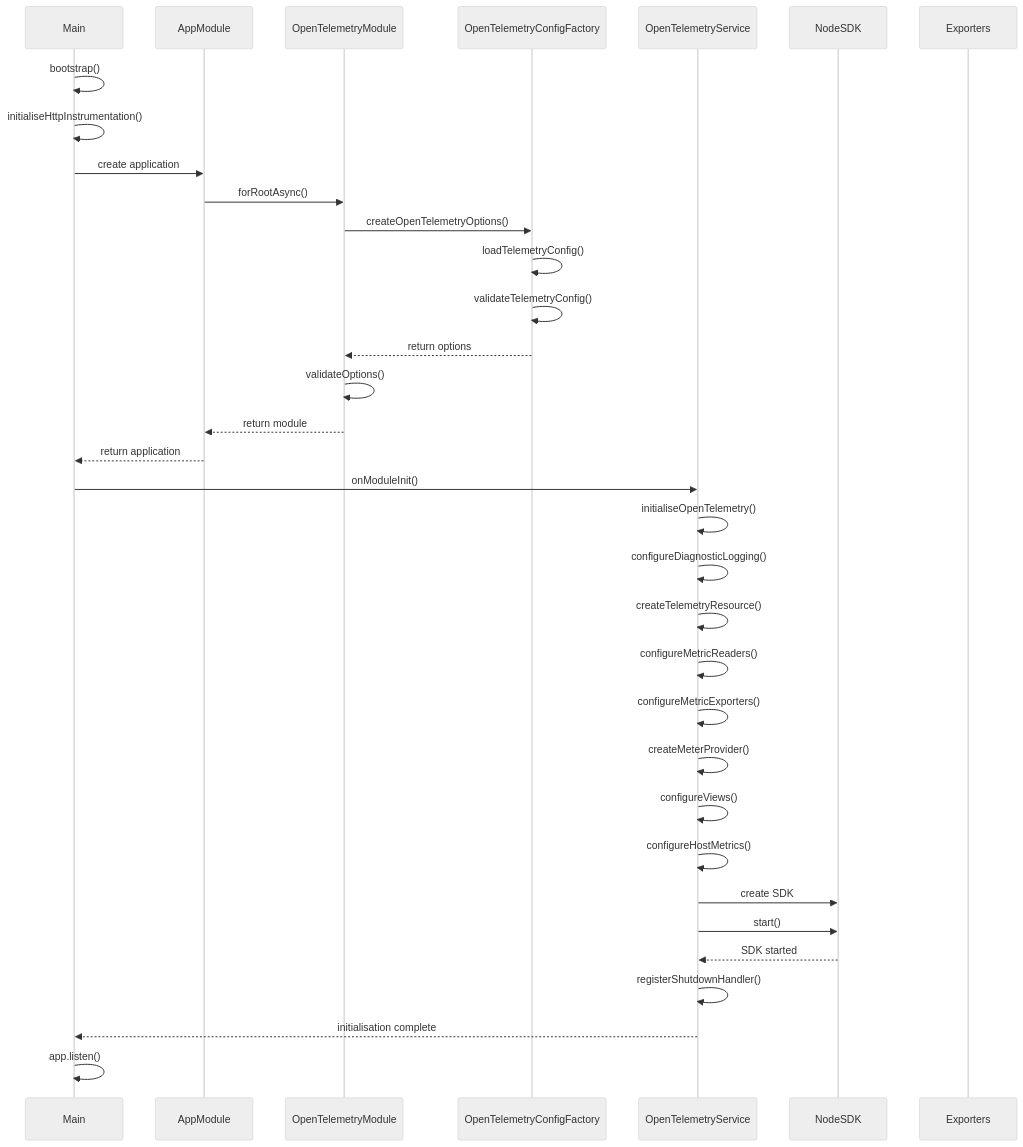
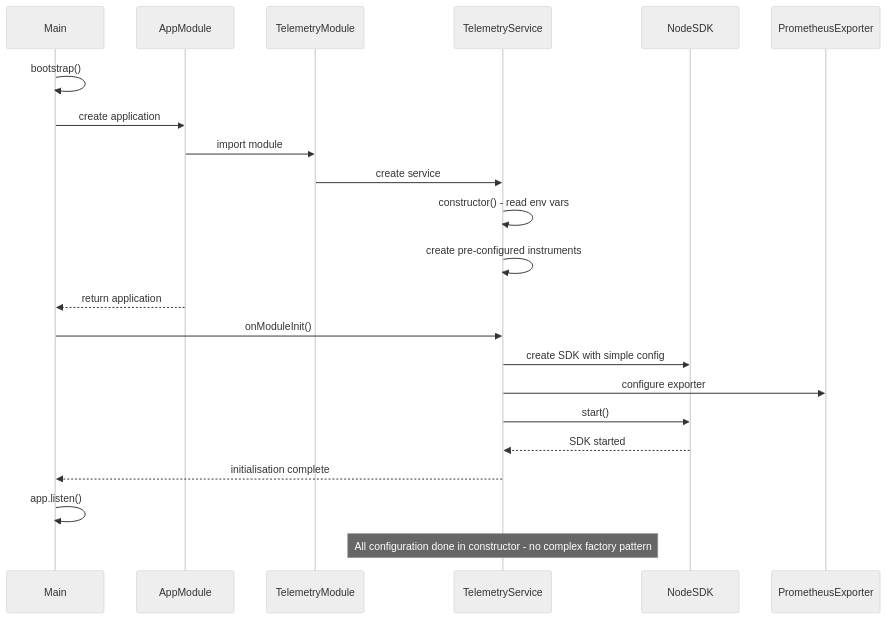
The third of 6 diagrams in docs/diagrams/sequence-diagrams.md (rswift/kleva-komputa), drawn with Mermaid (neutral theme) before and after one commit. The commit also changed other lines of this file and 37 other files, not shown here.

````diff
--- a/docs/diagrams/sequence-diagrams.md
+++ b/docs/diagrams/sequence-diagrams.md
@@ -87,37 +83,26 @@
 ```mermaid
 sequenceDiagram
     participant Main
     participant AppModule
-    participant OpenTelemetryModule
-    participant OpenTelemetryConfigFactory
-    participant OpenTelemetryService
+    participant TelemetryModule
+    participant TelemetryService
     participant NodeSDK
-    participant Exporters
+    participant PrometheusExporter
 
     Main->>Main: bootstrap()
-    Main->>Main: initialiseHttpInstrumentation()
     Main->>AppModule: create application
-    AppModule->>OpenTelemetryModule: forRootAsync()
-    OpenTelemetryModule->>OpenTelemetryConfigFactory: createOpenTelemetryOptions()
-    OpenTelemetryConfigFactory->>OpenTelemetryConfigFactory: loadTelemetryConfig()
-    OpenTelemetryConfigFactory->>OpenTelemetryConfigFactory: validateTelemetryConfig()
-    OpenTelemetryConfigFactory-->>OpenTelemetryModule: return options
-    OpenTelemetryModule->>OpenTelemetryModule: validateOptions()
-    OpenTelemetryModule-->>AppModule: return module
+    AppModule->>TelemetryModule: import module
+    TelemetryModule->>TelemetryService: create service
+    TelemetryService->>TelemetryService: constructor() - read env vars
+    TelemetryService->>TelemetryService: create pre-configured instruments
     AppModule-->>Main: return application
-    Main->>OpenTelemetryService: onModuleInit()
-    OpenTelemetryService->>OpenTelemetryService: initialiseOpenTelemetry()
-    OpenTelemetryService->>OpenTelemetryService: configureDiagnosticLogging()
-    OpenTelemetryService->>OpenTelemetryService: createTelemetryResource()
-    OpenTelemetryService->>OpenTelemetryService: configureMetricReaders()
-    OpenTelemetryService->>OpenTelemetryService: configureMetricExporters()
-    OpenTelemetryService->>OpenTelemetryService: createMeterProvider()
-    OpenTelemetryService->>OpenTelemetryService: configureViews()
-    OpenTelemetryService->>OpenTelemetryService: configureHostMetrics()
-    OpenTelemetryService->>NodeSDK: create SDK
-    OpenTelemetryService->>NodeSDK: start()
-    NodeSDK-->>OpenTelemetryService: SDK started
-    OpenTelemetryService->>OpenTelemetryService: registerShutdownHandler()
-    OpenTelemetryService-->>Main: initialisation complete
+    Main->>TelemetryService: onModuleInit()
+    TelemetryService->>NodeSDK: create SDK with simple config
+    TelemetryService->>PrometheusExporter: configure exporter
+    TelemetryService->>NodeSDK: start()
+    NodeSDK-->>TelemetryService: SDK started
+    TelemetryService-->>Main: initialisation complete
     Main->>Main: app.listen()
+    
+    Note over TelemetryService: All configuration done in constructor - no complex factory pattern
 ```
````
